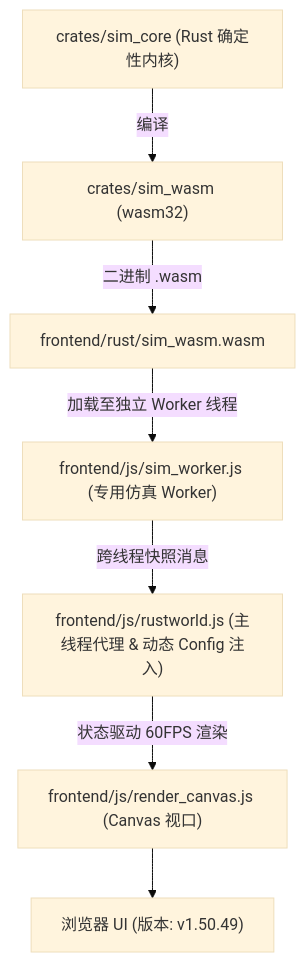
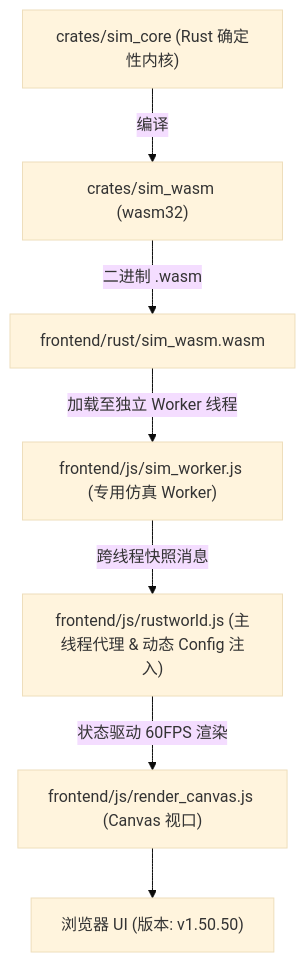
The diagram in AGENTS.md (g39088902/FlowAndAccord), drawn with Mermaid (base theme) before and after one commit. The commit also changed other lines of this file and 18 other files, not shown here.

````diff
--- a/AGENTS.md
+++ b/AGENTS.md
@@ -61,10 +61,10 @@
 ```mermaid
 graph TD
     A["crates/sim_core (Rust 确定性内核)"] -->|编译| B["crates/sim_wasm (wasm32)"]
     B -->|二进制 .wasm| C["frontend/rust/sim_wasm.wasm"]
     C -->|加载至独立 Worker 线程| D["frontend/js/sim_worker.js (专用仿真 Worker)"]
     D -->|跨线程快照消息| E["frontend/js/rustworld.js (主线程代理 & 动态 Config 注入)"]
     E -->|状态驱动 60FPS 渲染| F["frontend/js/render_canvas.js (Canvas 视口)"]
-    F --> G["浏览器 UI (版本: v1.50.49)"]
+    F --> G["浏览器 UI (版本: v1.50.50)"]
 
 ```
````
